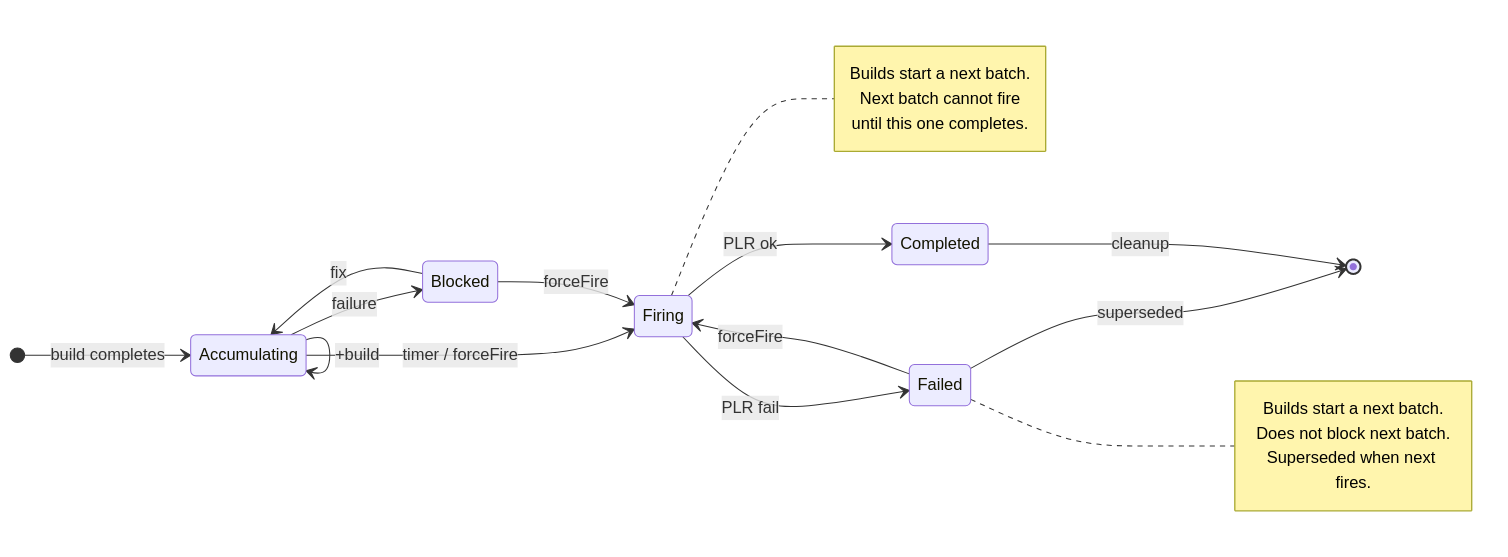
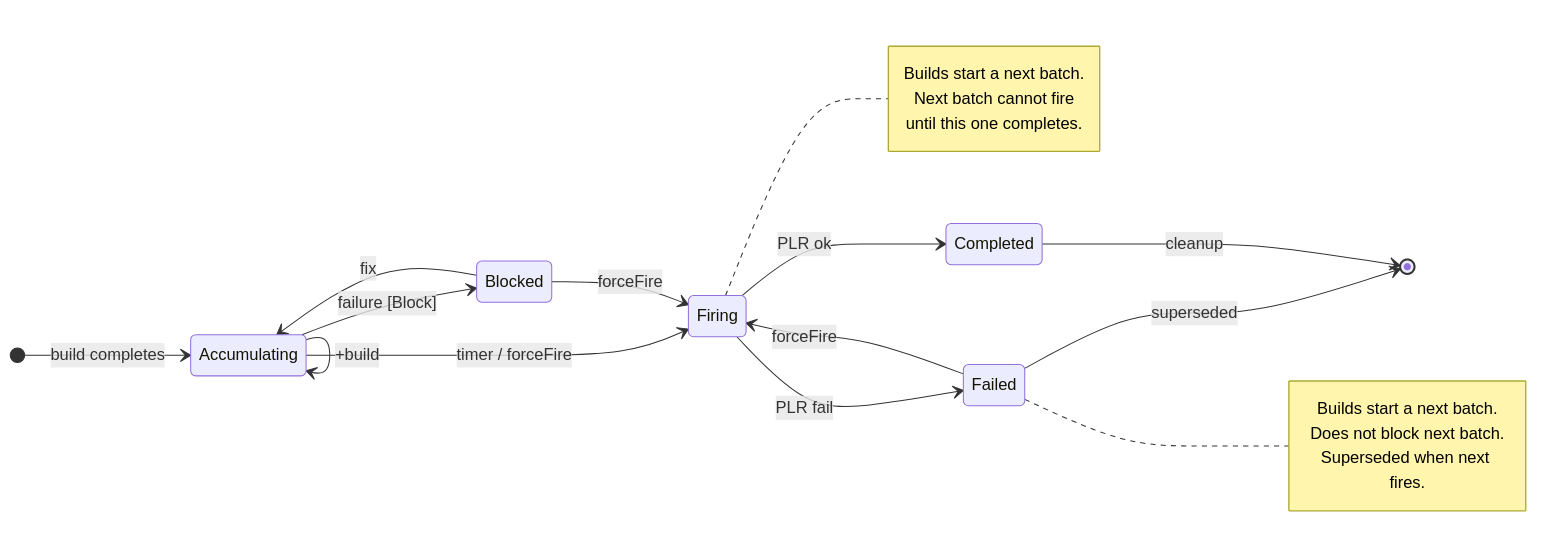
Before and after one commit to konflux-ci/architecture: the diagram in ADR/0072-batched-nudging-for-many-to-one-dependencies.md, drawn with Mermaid. The commit also changed other lines of this file and 1 other file, not shown here.

````diff
--- a/ADR/0072-batched-nudging-for-many-to-one-dependencies.md
+++ b/ADR/0072-batched-nudging-for-many-to-one-dependencies.md
@@ -309,27 +312,27 @@
 ```mermaid
 stateDiagram-v2
     direction LR
     [*] --> Accumulating : build completes
     Accumulating --> Accumulating : +build
-    Accumulating --> Blocked : failure
+    Accumulating --> Blocked : failure [Block]
     Accumulating --> Firing : timer / forceFire
     Blocked --> Accumulating : fix
     Blocked --> Firing : forceFire
     Firing --> Completed : PLR ok
     Firing --> Failed : PLR fail
     Failed --> Firing : forceFire
     Failed --> [*] : superseded
     Completed --> [*] : cleanup
 
     note right of Firing
         Builds start a next batch.
         Next batch cannot fire
         until this one completes.
     end note
 
     note right of Failed
         Builds start a next batch.
         Does not block next batch.
         Superseded when next fires.
     end note
 ```
````
